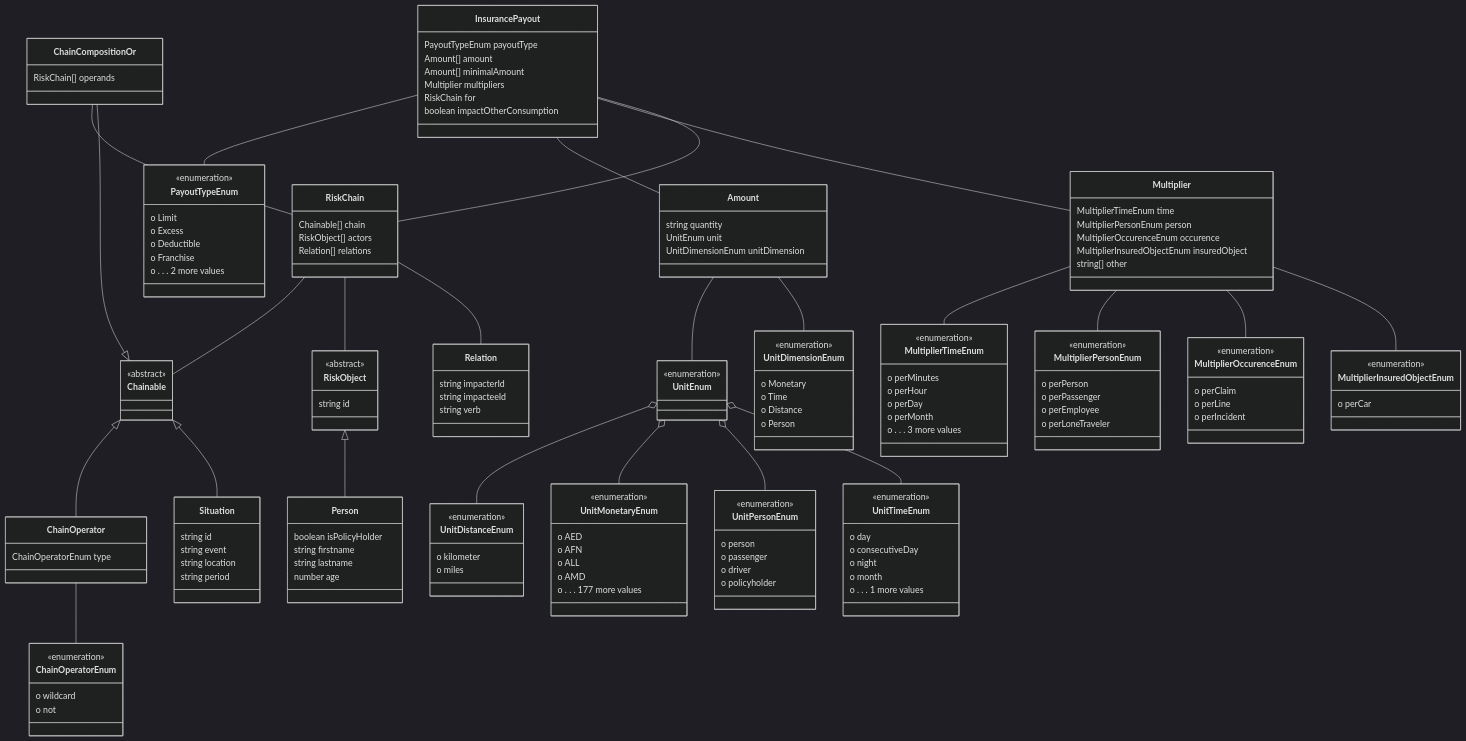
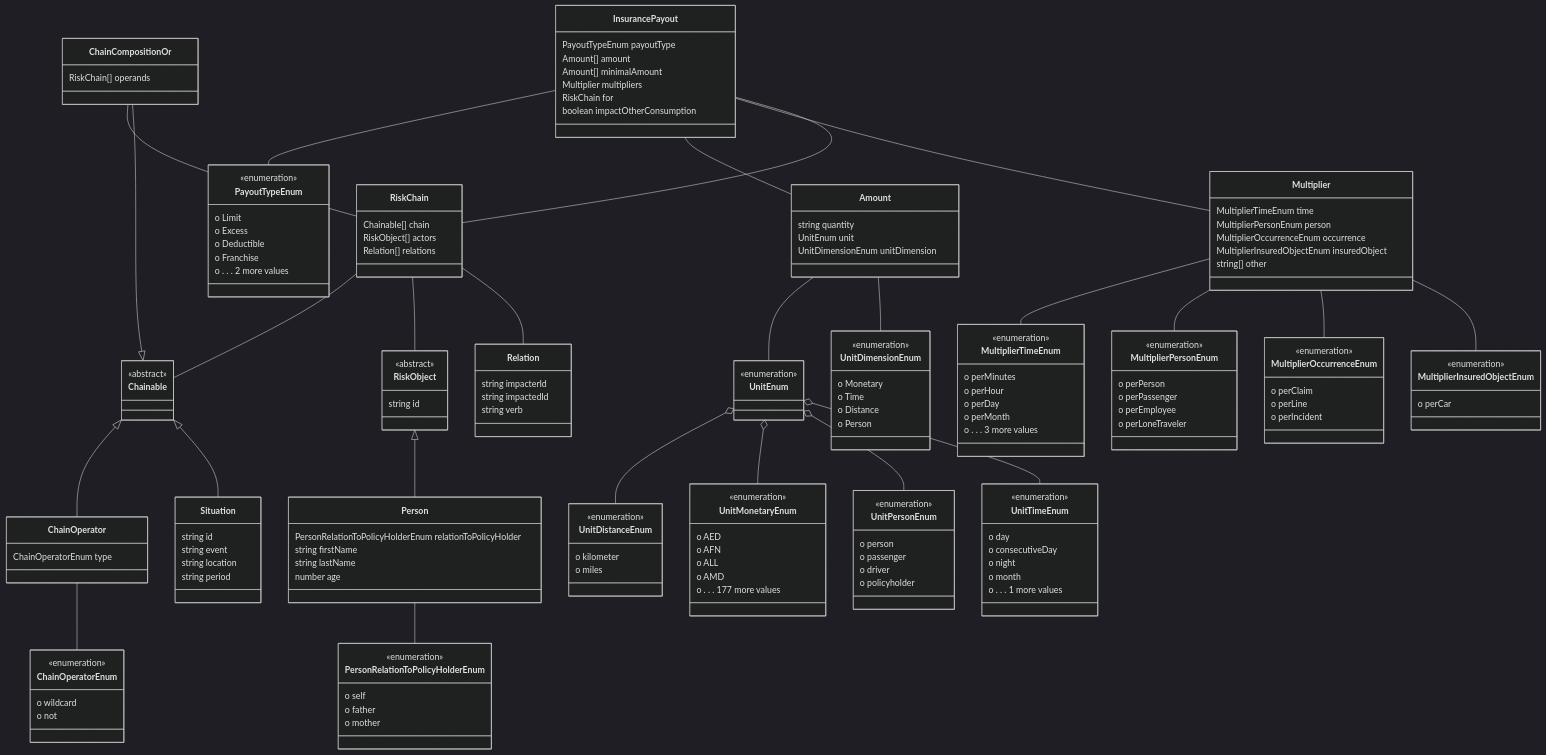
Before and after one commit to codexstanford/Insurance-Payout-Ontology: the diagram in datamodel-build/mermaid/diagram.mmd, drawn with Mermaid (dark theme). The commit also changed 82 other files, not shown here.

```diff
--- a/datamodel-build/mermaid/diagram.mmd
+++ b/datamodel-build/mermaid/diagram.mmd
@@ -64,7 +64,7 @@
 
 Multiplier -- MultiplierTimeEnum
 Multiplier -- MultiplierPersonEnum
-Multiplier -- MultiplierOccurenceEnum
+Multiplier -- MultiplierOccurrenceEnum
 Multiplier -- MultiplierInsuredObjectEnum
 
 
@@ -72,7 +72,7 @@
 
   MultiplierTimeEnum time
   MultiplierPersonEnum person
-  MultiplierOccurenceEnum occurence
+  MultiplierOccurrenceEnum occurrence
   MultiplierInsuredObjectEnum insuredObject
   string[] other
 
@@ -83,7 +83,7 @@
   o perCar
 }
 
-class MultiplierOccurenceEnum {
+class MultiplierOccurrenceEnum {
 <<enumeration>>
   o perClaim
   o perLine
@@ -121,7 +121,7 @@
 class Relation {
 
   string impacterId
-  string impacteeId
+  string impactedId
   string verb
 
 }
@@ -211,14 +211,22 @@
 undefined
 undefined
 undefined
+Person -- PersonRelationToPolicyHolderEnum
 
 
 RiskObject <|-- Person
 class Person {
 
-  boolean isPolicyHolder
-  string firstname
-  string lastname
+  PersonRelationToPolicyHolderEnum relationToPolicyHolder
+  string firstName
+  string lastName
   number age
 
 }
+
+class PersonRelationToPolicyHolderEnum {
+<<enumeration>>
+  o self
+  o father
+  o mother
+}
```
